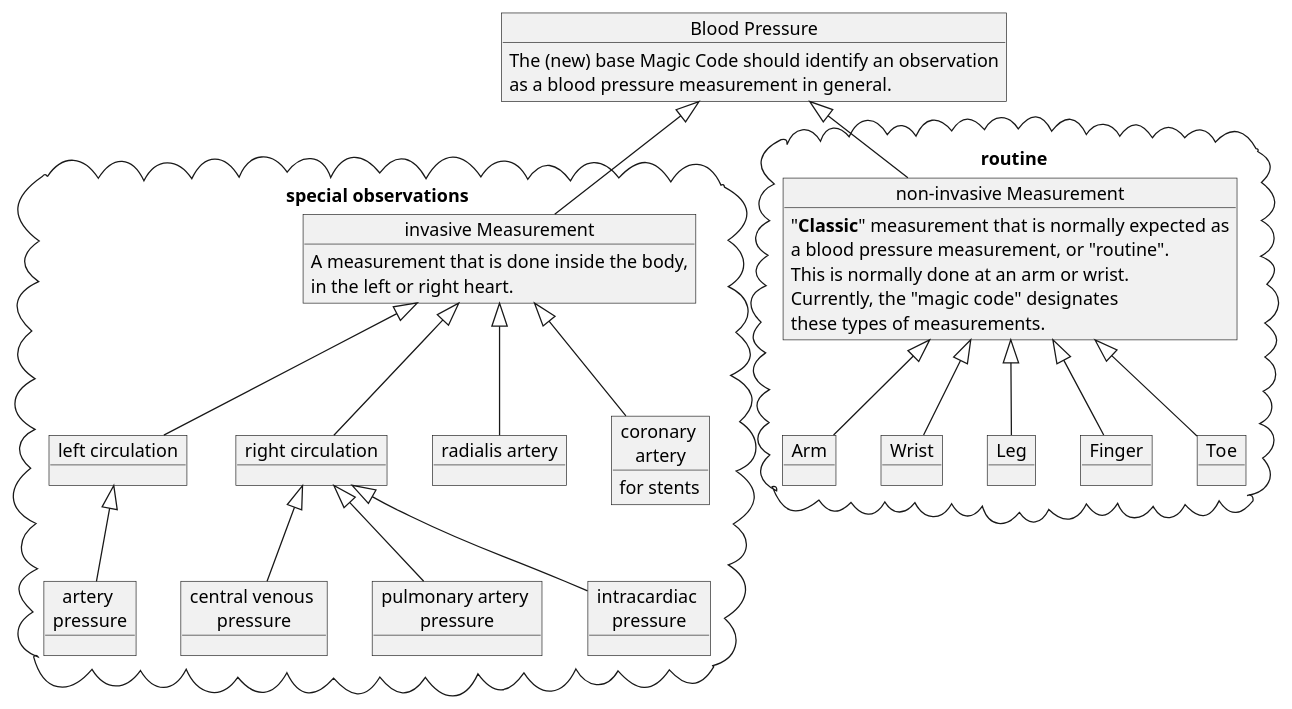
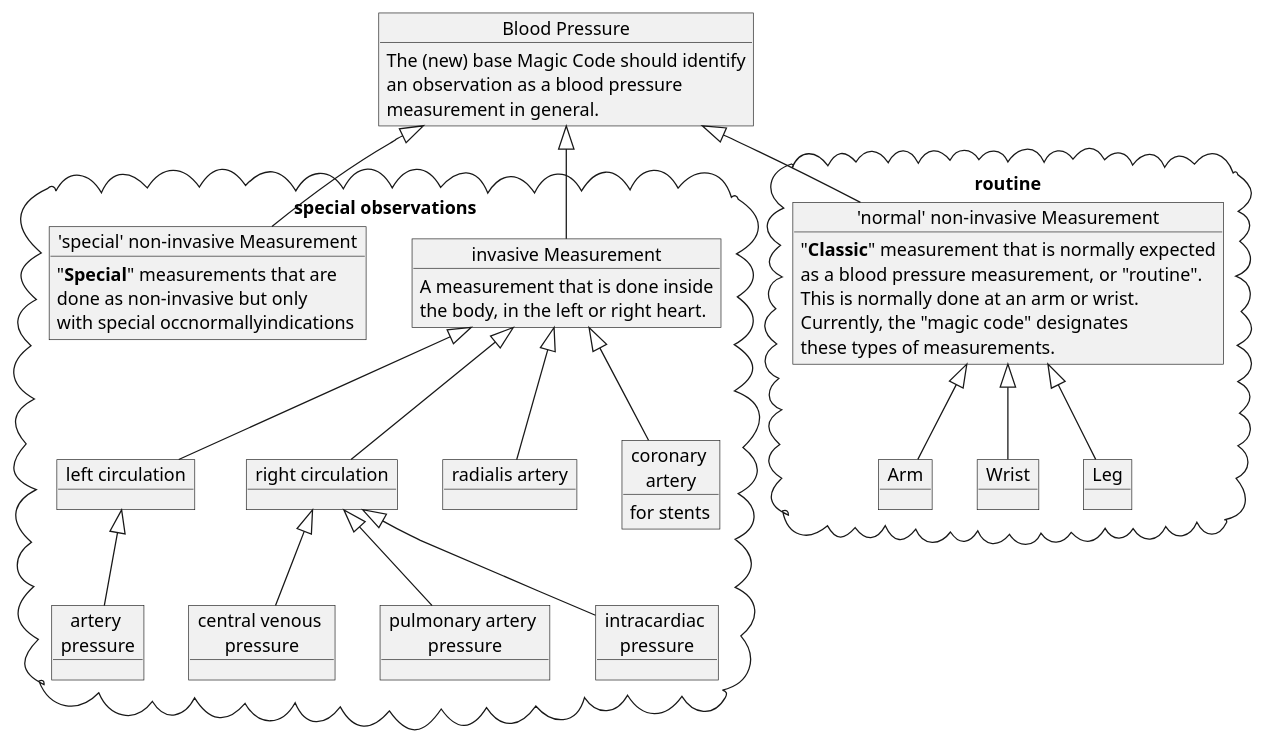
One commit to frankoemig/bloodpressure changed the diagram in input/images-source/magic_code.plantuml. Above: the diagram before and after it, drawn with PlantUML. The commit also changed 7 other files, not shown here.

```diff
--- a/input/images-source/magic_code.plantuml
+++ b/input/images-source/magic_code.plantuml
@@ -1,71 +1,76 @@
 @startuml
 
 
 object "Blood Pressure" as bp {
-    The (new) base Magic Code should identify an observation
-    as a blood pressure measurement in general.
+    The (new) base Magic Code should identify 
+    an observation as a blood pressure 
+    measurement in general.
 }
 
 cloud "special observations" {
 
 object "invasive Measurement" as intern {
-    A measurement that is done inside the body,
-    in the left or right heart.
+    A measurement that is done inside
+    the body, in the left or right heart.
 }
+
+object "'special' non-invasive Measurement" as intern2 {
+    "**Special**" measurements that are
+    done as non-invasive but only 
+    with special occnormallyindications
+}
+
 
 object "left circulation" as left {
 }
 
 object "right circulation" as right {
 }
 
 object "radialis artery" as ra
 object "central venous \npressure" as vene
 object "pulmonary artery \npressure" as pulmo
 object "intracardiac \npressure" as icp
 
 object "artery \npressure" as artery
 
 object "coronary \nartery" as ca {
     for stents
 }
 }
 
 cloud "routine" {
 
-object "non-invasive Measurement" as extern {
-    "**Classic**" measurement that is normally expected as 
-    a blood pressure measurement, or "routine".
+object "'normal' non-invasive Measurement" as extern {
+    "**Classic**" measurement that is normally expected
+    as a blood pressure measurement, or "routine".
     This is normally done at an arm or wrist.
     Currently, the "magic code" designates 
     these types of measurements.
 }
 
 object "Arm" as arm
 object "Wrist" as wrinkle
 object "Leg" as leg
-object "Finger" as finger
-object "Toe" as toe
 }
 
 bp <|-- intern
+bp <|-- intern2
 bp <|-- extern
 
 intern <|-- left
 intern <|-- right
 intern <|-- ca
 intern <|-- ra
 
 right <|-- vene
 right <|-- pulmo
 right <|-- icp
 
 left <|-- artery
 
 extern <|-- arm
 extern <|-- wrinkle
 extern <|-- leg
-extern <|-- finger
-extern <|-- toe
 
 @enduml
```
